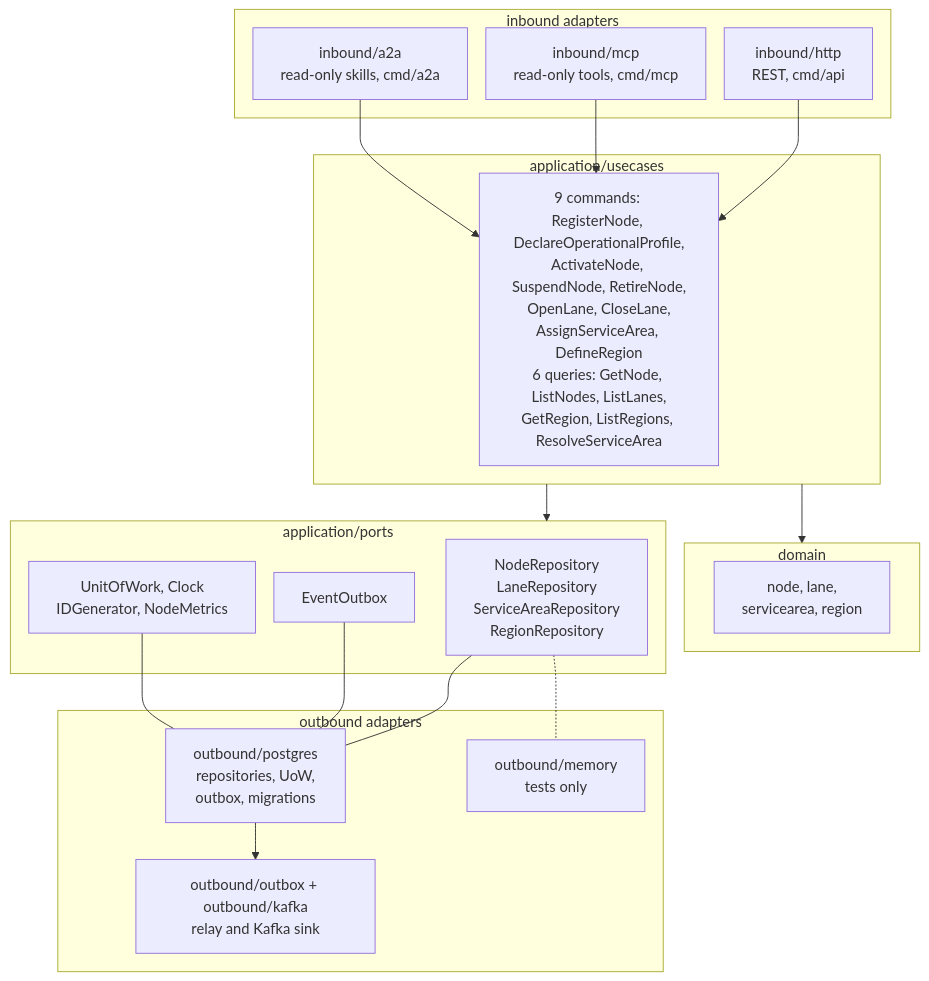
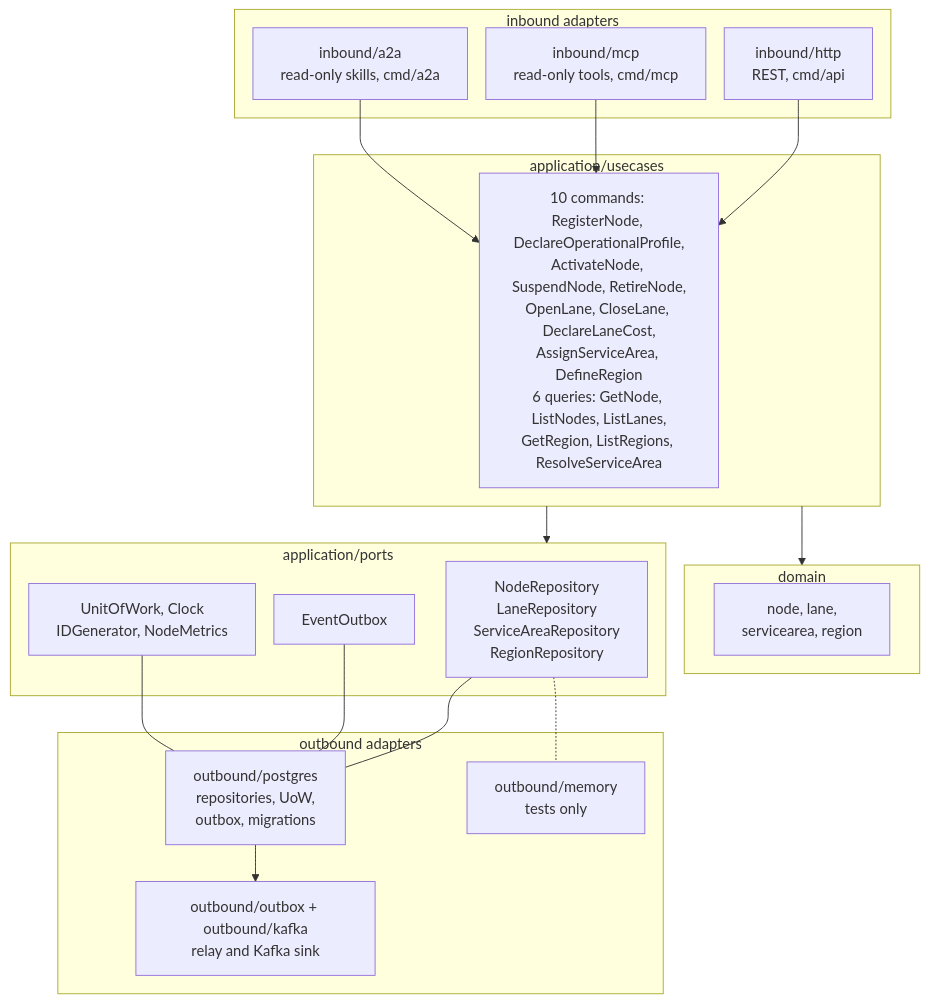
The sixth of 6 diagrams in docs/docs/ddd/class-diagram.md (IQVO/node-topology), drawn with Mermaid before and after one commit. The commit also changed other lines of this file and 17 other files, not shown here.

First line of the commit message:
docs(node-topology): ten events and ten commands (ADR 0014); node-performance consumes without effect

````diff
--- a/docs/docs/ddd/class-diagram.md
+++ b/docs/docs/ddd/class-diagram.md
@@ -364,35 +364,35 @@
 ```mermaid
 %%{init: {"flowchart": {"nodeSpacing": 20, "rankSpacing": 40}}}%%
 flowchart TB
     subgraph IN["inbound adapters"]
         HTTP["inbound/http<br/>REST, cmd/api"]
         MCP["inbound/mcp<br/>read-only tools, cmd/mcp"]
         A2A["inbound/a2a<br/>read-only skills, cmd/a2a"]
     end
     subgraph APP["application/usecases"]
-        UN["9 commands: RegisterNode, DeclareOperationalProfile,<br/>ActivateNode, SuspendNode, RetireNode,<br/>OpenLane, CloseLane,<br/>AssignServiceArea, DefineRegion<br/>6 queries: GetNode, ListNodes, ListLanes,<br/>GetRegion, ListRegions, ResolveServiceArea"]
+        UN["10 commands: RegisterNode, DeclareOperationalProfile,<br/>ActivateNode, SuspendNode, RetireNode,<br/>OpenLane, CloseLane, DeclareLaneCost,<br/>AssignServiceArea, DefineRegion<br/>6 queries: GetNode, ListNodes, ListLanes,<br/>GetRegion, ListRegions, ResolveServiceArea"]
     end
     subgraph DOM["domain"]
         D1["node, lane,<br/>servicearea, region"]
     end
     subgraph PORTS["application/ports"]
         P1["NodeRepository<br/>LaneRepository<br/>ServiceAreaRepository<br/>RegionRepository"]
         P2["EventOutbox"]
         P3["UnitOfWork, Clock<br/>IDGenerator, NodeMetrics"]
     end
     subgraph OUT["outbound adapters"]
         A1["outbound/postgres<br/>repositories, UoW,<br/>outbox, migrations"]
         A2["outbound/outbox + outbound/kafka<br/>relay and Kafka sink"]
         A3["outbound/memory<br/>tests only"]
     end
     HTTP --> UN
     MCP --> UN
     A2A --> UN
     APP --> DOM
     APP --> PORTS
     P1 --- A1
     P2 --- A1
     P3 --- A1
     A1 --> A2
     P1 -.- A3
 ```
````
